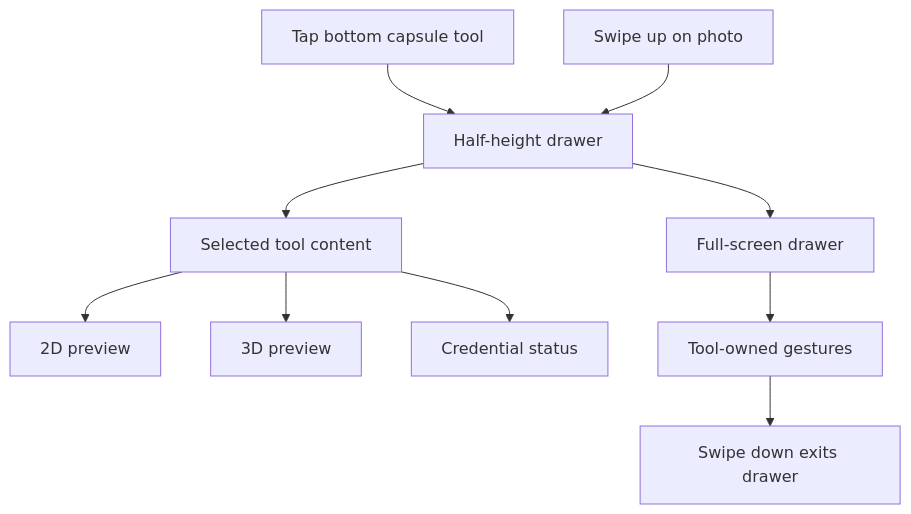
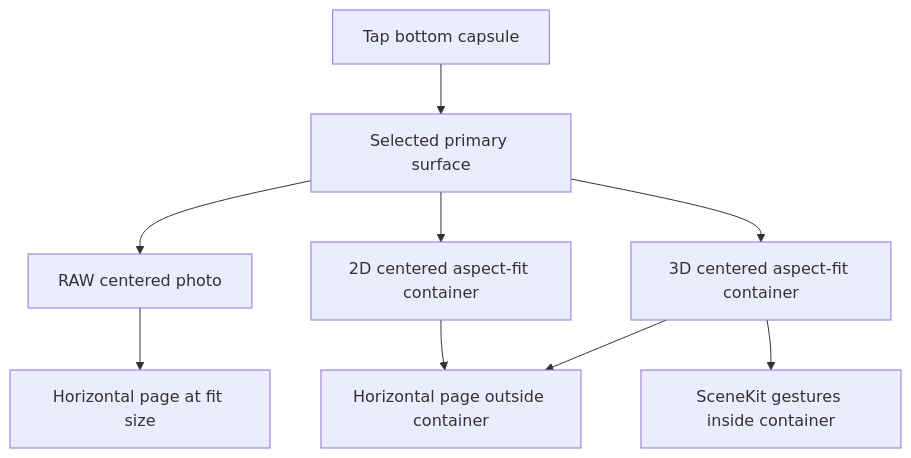
One commit to TAP-NAP/TAPCamDemo changed the second of 2 diagrams in Docs/DepthAnalysisViewerRedesign.md. Above: the diagram before and after it, drawn with Mermaid. The commit also changed other lines of this file and 11 other files, not shown here.

Commit message:
Refactor TAPCam capture flow and docs

````diff
--- a/Docs/DepthAnalysisViewerRedesign.md
+++ b/Docs/DepthAnalysisViewerRedesign.md
@@ -110,12 +186,11 @@
 ```mermaid
 flowchart TD
-    ToolTap["Tap bottom capsule tool"] --> Half["Half-height drawer"]
-    SwipeUp["Swipe up on photo"] --> Half
-    Half --> Selected["Selected tool content"]
-    Selected --> TwoD["2D preview"]
-    Selected --> ThreeD["3D preview"]
-    Selected --> Credential["Credential status"]
-    Half --> Full["Full-screen drawer"]
-    Full --> ToolGestures["Tool-owned gestures"]
-    ToolGestures --> Exit["Swipe down exits drawer"]
+    ToolTap["Tap bottom capsule"] --> Selected["Selected primary surface"]
+    Selected --> Raw["RAW centered photo"]
+    Selected --> TwoD["2D centered aspect-fit container"]
+    Selected --> ThreeD["3D centered aspect-fit container"]
+    Raw --> Page["Horizontal page at fit size"]
+    TwoD --> PageOutside["Horizontal page outside container"]
+    ThreeD --> SceneKit["SceneKit gestures inside container"]
+    ThreeD --> PageOutside
 ```
````
